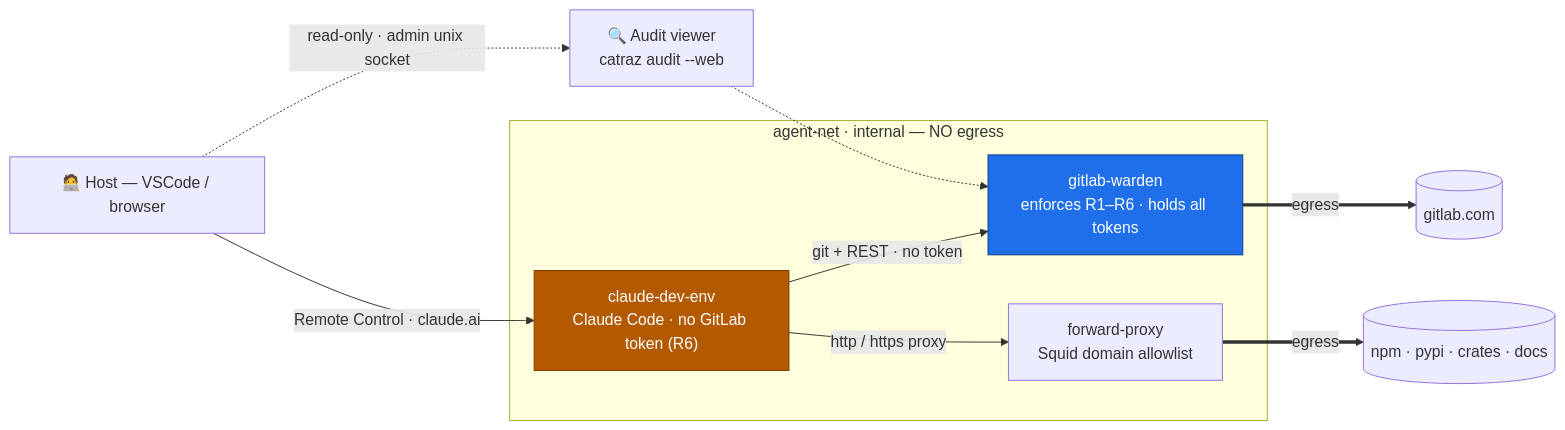
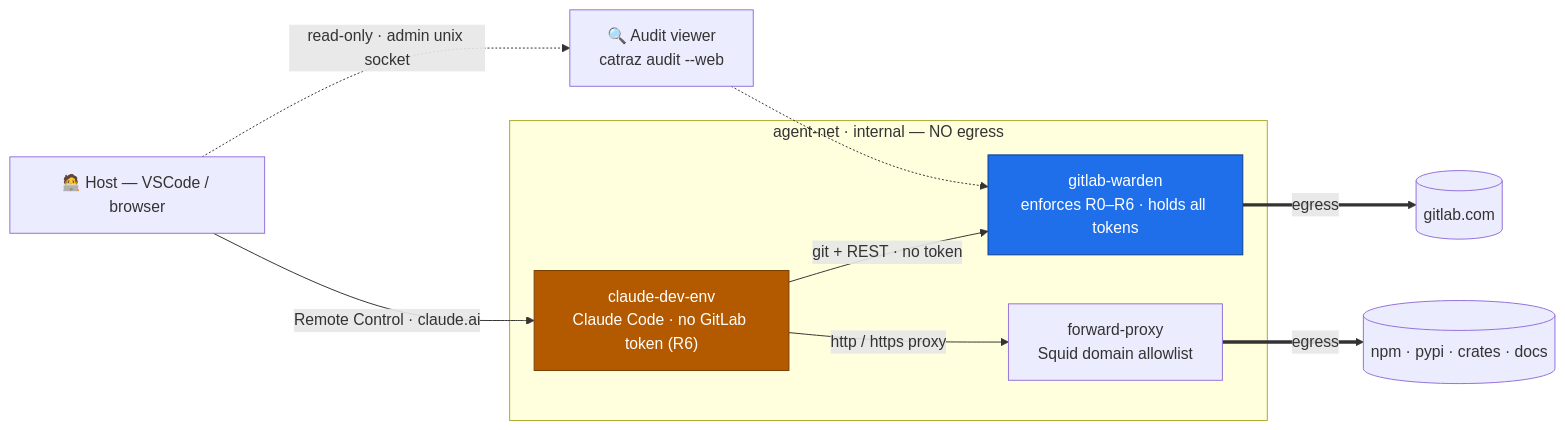
The diagram in README.md (EddyXorb/claudecatraz), drawn with Mermaid before and after one commit. The commit also changed other lines of this file, not shown here.

Commit message:
docs(readme): document rule R0 (GITLAB_MODE gate)

````diff
--- a/README.md
+++ b/README.md
@@ -28,27 +28,27 @@
 ```mermaid
 flowchart LR
     host["🧑‍💻 Host — VSCode / browser"]
     viewer["🔍 Audit viewer<br/>catraz audit --web"]
 
     subgraph agentnet["agent-net · internal — NO egress"]
         agent["claude-dev-env<br/>Claude Code · no GitLab token (R6)"]
-        warden["gitlab-warden<br/>enforces R1–R6 · holds all tokens"]
+        warden["gitlab-warden<br/>enforces R0–R6 · holds all tokens"]
         proxy["forward-proxy<br/>Squid domain allowlist"]
     end
 
     gitlab[("gitlab.com")]
     registries[("npm · pypi · crates · docs")]
 
     host -->|Remote Control · claude.ai| agent
     host -.->|read-only · admin unix socket| viewer
     viewer -.-> warden
     agent -->|git + REST · no token| warden
     agent -->|http / https proxy| proxy
     warden ==>|egress| gitlab
     proxy ==>|egress| registries
 
     classDef trust fill:#1f6feb,stroke:#0b3d91,color:#fff;
     classDef untrusted fill:#b35900,stroke:#7a3d00,color:#fff;
     class warden trust;
     class agent untrusted;
 ```
````
